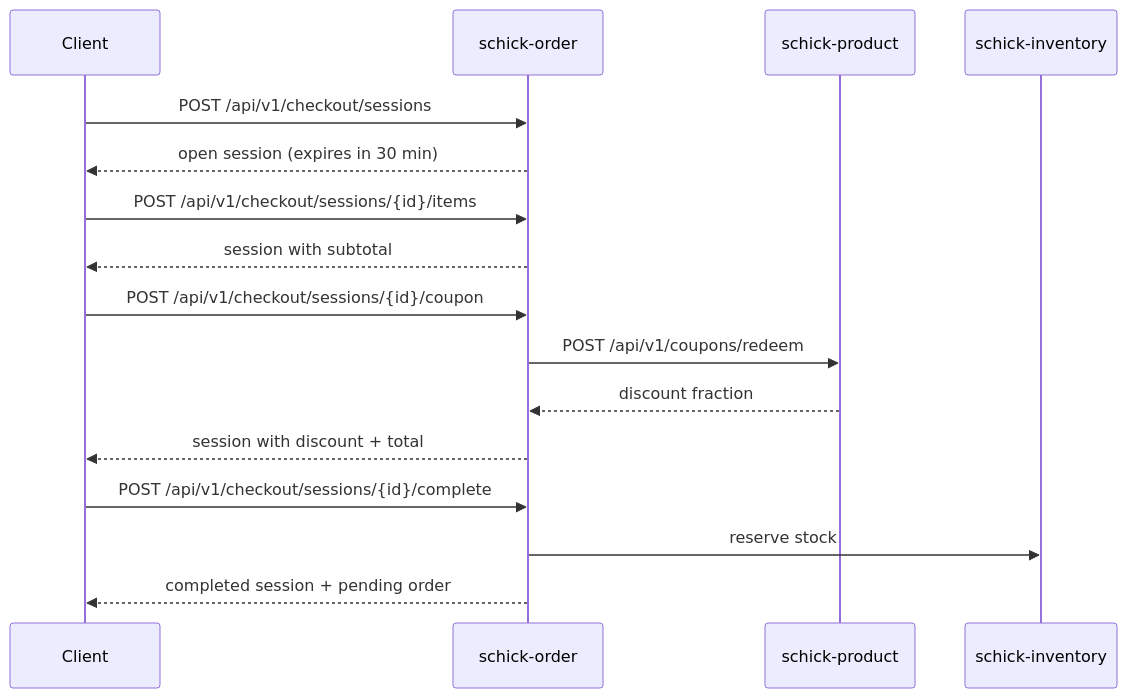
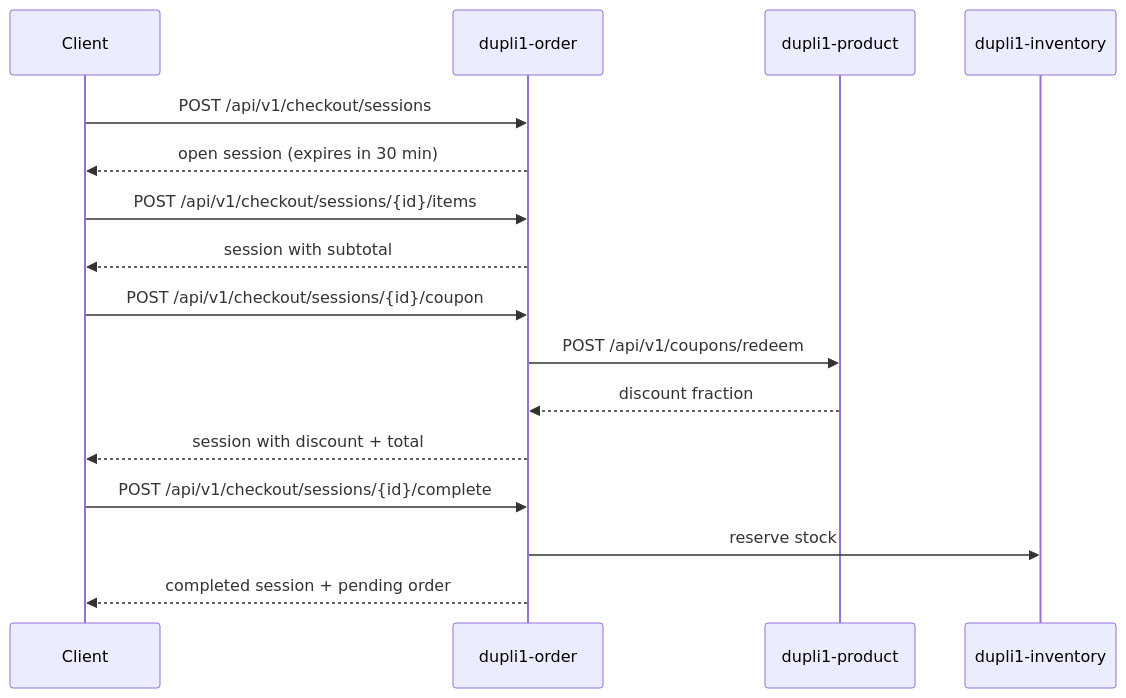
One commit to elug3/dupli1 changed the diagram in docs/checkout-session.md. Above: the diagram before and after it, drawn with Mermaid. The commit also changed other lines of this file and 115 other files, not shown here.

First line of the commit message:
Rename project from schick to dupli1

````diff
--- a/docs/checkout-session.md
+++ b/docs/checkout-session.md
@@ -9,22 +9,22 @@
 ```mermaid
 sequenceDiagram
     participant Client
-    participant Order as schick-order
-    participant Product as schick-product
-    participant Inventory as schick-inventory
+    participant Order as dupli1-order
+    participant Product as dupli1-product
+    participant Inventory as dupli1-inventory
 
     Client->>Order: POST /api/v1/checkout/sessions
     Order-->>Client: open session (expires in 30 min)
 
     Client->>Order: POST /api/v1/checkout/sessions/{id}/items
     Order-->>Client: session with subtotal
 
     Client->>Order: POST /api/v1/checkout/sessions/{id}/coupon
     Order->>Product: POST /api/v1/coupons/redeem
     Product-->>Order: discount fraction
     Order-->>Client: session with discount + total
 
     Client->>Order: POST /api/v1/checkout/sessions/{id}/complete
     Order->>Inventory: reserve stock
     Order-->>Client: completed session + pending order
 ```
````
